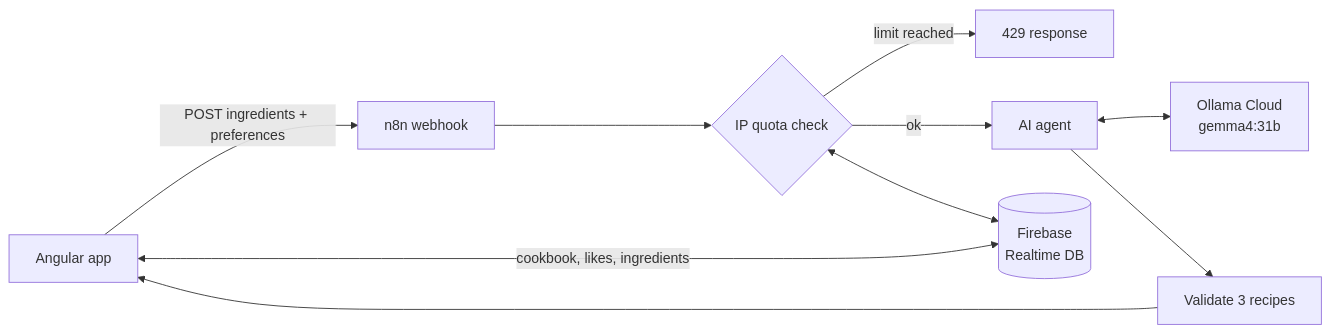
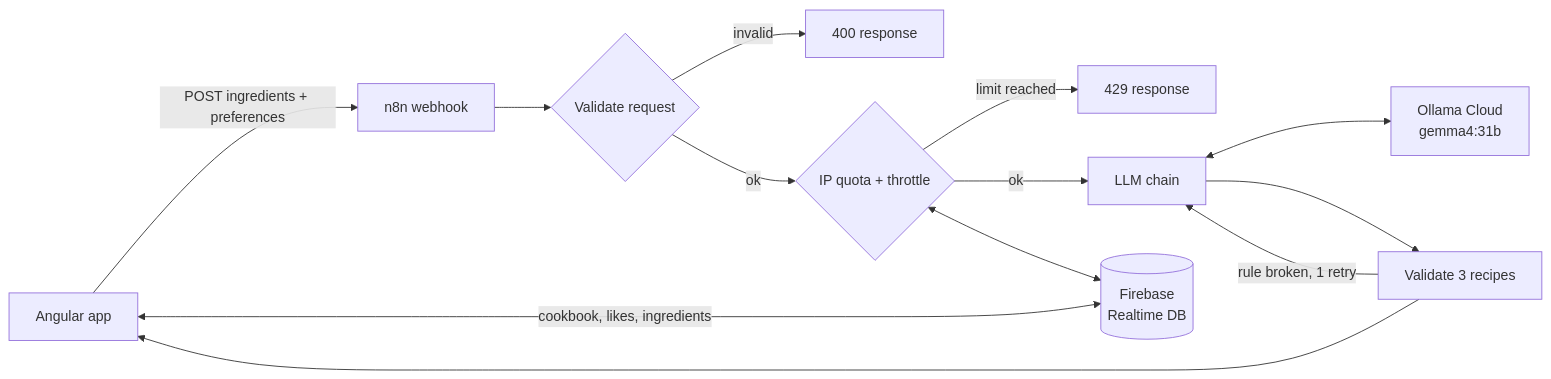
One commit to alexlindt-arch/Code-a-Cuisine changed the diagram in README.md. Above: the diagram before and after it, drawn with Mermaid. The commit also changed other lines of this file and 2 other files, not shown here.

First line of the commit message:
Replace n8n AI agent and output parser with an LLM chain in JSON mode

````diff
--- a/README.md
+++ b/README.md
@@ -38,12 +38,15 @@
 ```mermaid
 flowchart LR
     A[Angular app] -- "POST ingredients + preferences" --> B[n8n webhook]
-    B --> C{IP quota check}
+    B --> V{Validate request}
+    V -- invalid --> X[400 response]
+    V -- ok --> C{IP quota + throttle}
     C -- "limit reached" --> D[429 response]
-    C -- ok --> E[AI agent]
+    C -- ok --> E[LLM chain]
     E <--> F[Ollama Cloud<br/>gemma4:31b]
     E --> G[Validate 3 recipes]
+    G -- "rule broken, 1 retry" --> E
     G --> A
     C <--> H[(Firebase<br/>Realtime DB)]
     A <-- "cookbook, likes, ingredients" --> H
 ```
````
